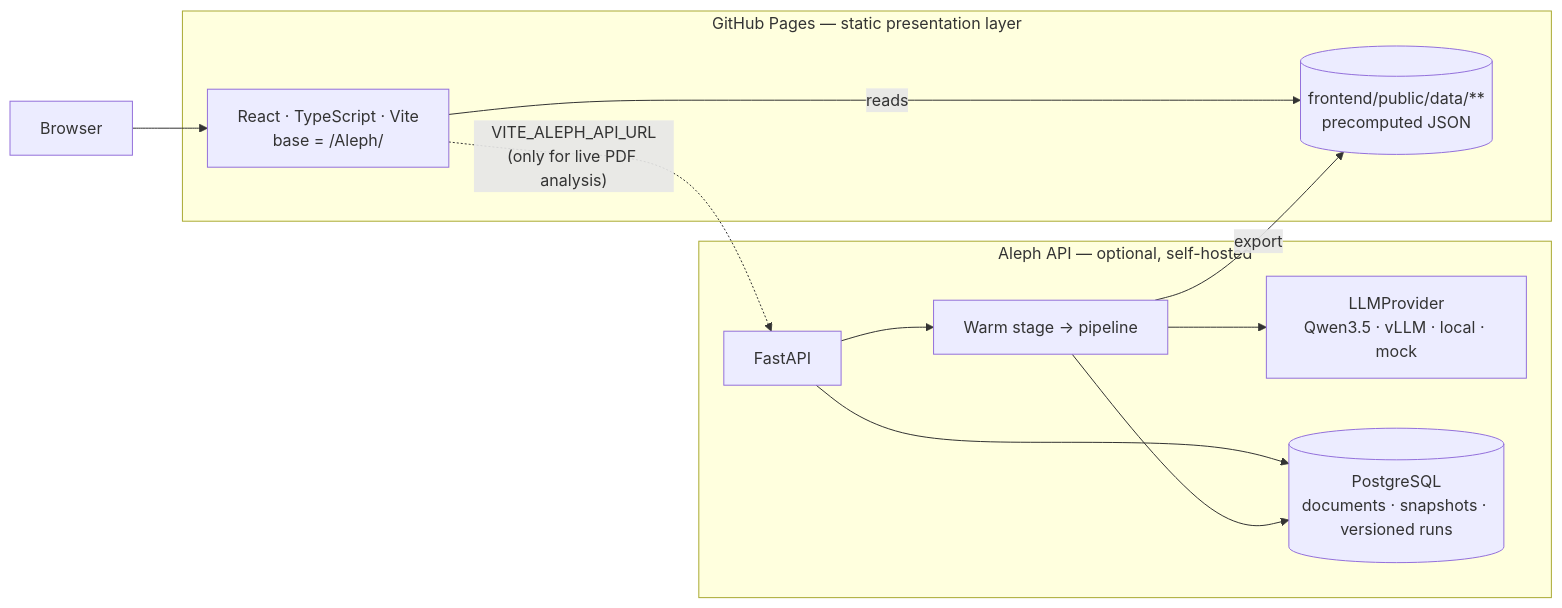
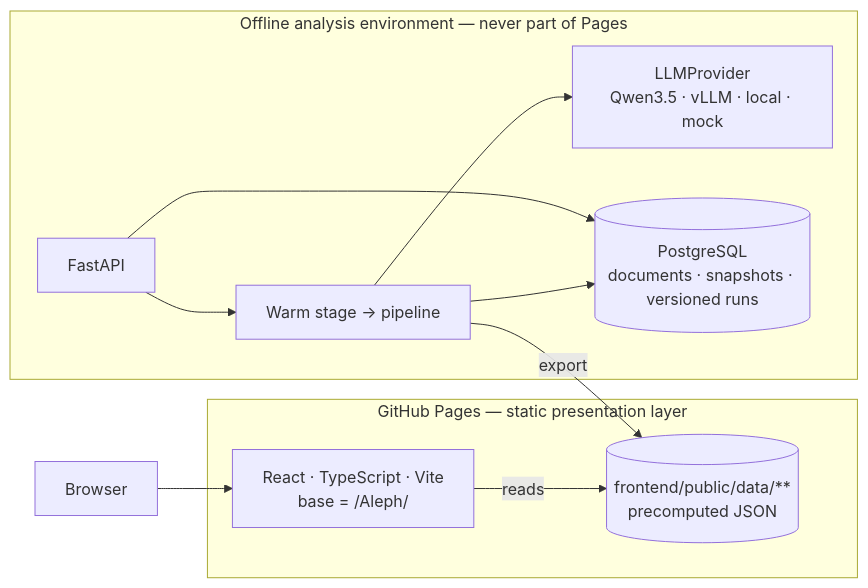
Before and after one commit to Mezosky/Aleph: the third of 3 diagrams in docs/ARCHITECTURE.md, drawn with Mermaid. The commit also changed other lines of this file and 54 other files, not shown here.

````diff
--- a/docs/ARCHITECTURE.md
+++ b/docs/ARCHITECTURE.md
@@ -166,22 +166,21 @@
 ```mermaid
 flowchart LR
     subgraph gh["GitHub Pages — static presentation layer"]
         F["React · TypeScript · Vite<br/>base = /Aleph/"]
         D[("frontend/public/data/**<br/>precomputed JSON")]
         F -->|"reads"| D
     end
 
-    subgraph api["Aleph API — optional, self-hosted"]
+    subgraph api["Offline analysis environment — never part of Pages"]
         S["FastAPI"]
         P["Warm stage → pipeline"]
         L["LLMProvider<br/>Qwen3.5 · vLLM · local · mock"]
         DB[("PostgreSQL<br/>documents · snapshots · versioned runs")]
         S --> P --> L
         S --> DB
         P --> DB
     end
 
     U["Browser"] --> F
-    F -.->|"VITE_ALEPH_API_URL<br/>(only for live PDF analysis)"| S
     P -->|"export"| D
 ```
````
